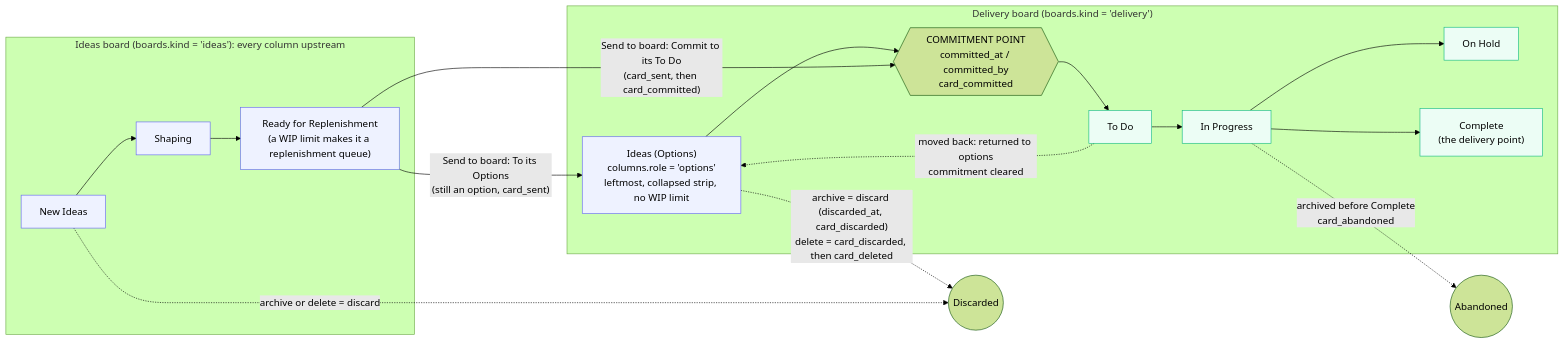
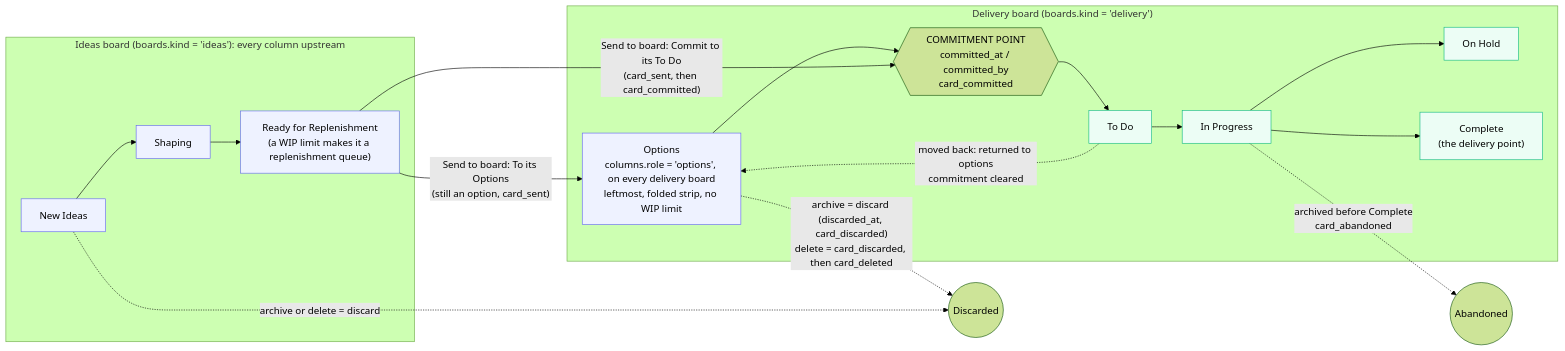
One commit to gitBoon/DumpFire changed the first of 6 diagrams in docs/upstream-kanban.md. Above: the diagram before and after it, drawn with Mermaid (forest theme). The commit also changed other lines of this file and 34 other files, not shown here.

````diff
--- a/docs/upstream-kanban.md
+++ b/docs/upstream-kanban.md
@@ -62,23 +67,23 @@
 ```mermaid
 flowchart LR
     subgraph IDEAS["Ideas board (boards.kind = 'ideas'): every column upstream"]
         I1["New Ideas"] --> I2["Shaping"] --> I3["Ready for Replenishment<br/>(a WIP limit makes it a replenishment queue)"]
     end
     subgraph DELIVERY["Delivery board (boards.kind = 'delivery')"]
-        O["Ideas (Options)<br/>columns.role = 'options'<br/>leftmost, collapsed strip, no WIP limit"]
+        O["Options<br/>columns.role = 'options', on every delivery board<br/>leftmost, folded strip, no WIP limit"]
         CP{{"COMMITMENT POINT<br/>committed_at / committed_by<br/>card_committed"}}
         T["To Do"] --> P["In Progress"] --> H["On Hold"]
         P --> C["Complete<br/>(the delivery point)"]
         O --> CP --> T
     end
     I3 -- "Send to board: To its Options<br/>(still an option, card_sent)" --> O
     I3 -- "Send to board: Commit to its To Do<br/>(card_sent, then card_committed)" --> CP
     O -. "archive = discard (discarded_at, card_discarded)<br/>delete = card_discarded, then card_deleted" .-> X(("Discarded"))
     I1 -. "archive or delete = discard" .-> X
     T -. "moved back: returned to options<br/>commitment cleared" .-> O
     P -. "archived before Complete<br/>card_abandoned" .-> A(("Abandoned"))
     classDef up fill:#eef2ff,stroke:#6366f1;
     classDef down fill:#ecfdf5,stroke:#10b981;
     class I1,I2,I3,O up;
     class T,P,H,C down;
 ```
````
